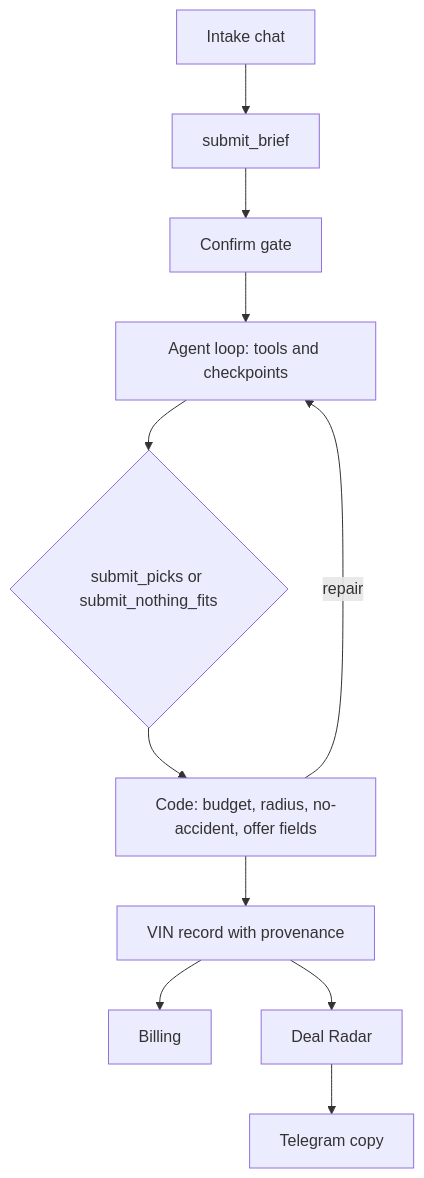
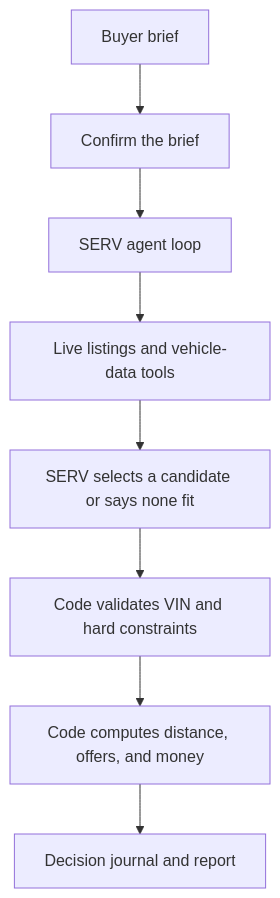
Before and after one commit to aspekt19/autoflip: the diagram in README.md, drawn with Mermaid. The commit also changed other lines of this file and 193 other files, not shown here.

````diff
--- a/README.md
+++ b/README.md
@@ -24,13 +47,10 @@
-```mermaid
+~~~mermaid
 flowchart TD
-  chat[Intake chat] --> brief[submit_brief]
-  brief --> confirm[Confirm gate]
-  confirm --> loop[Agent loop: tools and checkpoints]
-  loop --> terminal{submit_picks or submit_nothing_fits}
-  terminal --> checks[Code: budget, radius, no-accident, offer fields]
-  checks -->|repair| loop
-  checks --> record[VIN record with provenance]
-  record --> bill[Billing]
-  record --> radar[Deal Radar]
-  radar --> telegram[Telegram copy]
-```
+  A[Buyer brief] --> B[Confirm the brief]
+  B --> C[SERV agent loop]
+  C --> D[Live listings and vehicle-data tools]
+  D --> E[SERV selects a candidate or says none fit]
+  E --> F[Code validates VIN and hard constraints]
+  F --> G[Code computes distance, offers, and money]
+  G --> H[Decision journal and report]
+~~~
````
